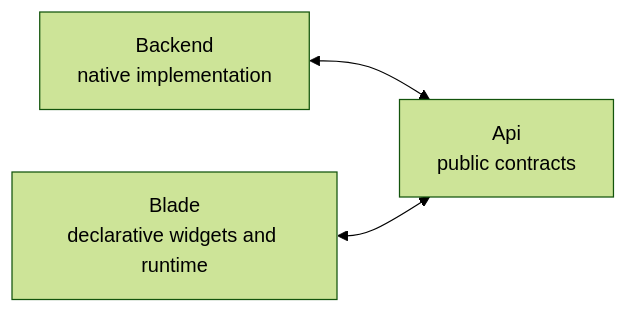
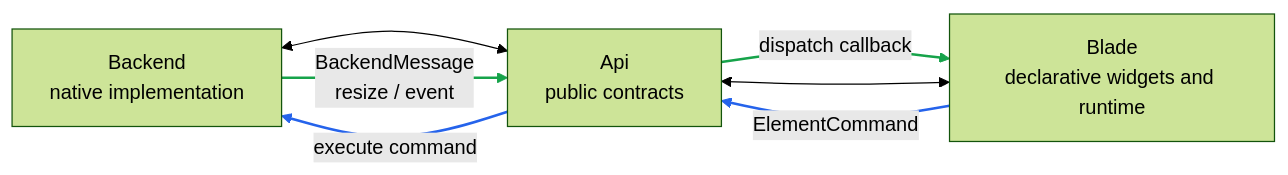
One commit to ZebNoid/Blade changed the first of 4 diagrams in Docs/Architecture.md. Above: the diagram before and after it, drawn with Mermaid (forest theme). The commit also changed other lines of this file and 1 other file, not shown here.

````diff
--- a/Docs/Architecture.md
+++ b/Docs/Architecture.md
@@ -5,5 +5,15 @@
 ```mermaid
 flowchart LR
     Backend["Backend\nnative implementation"] <--> Api["Api\npublic contracts"]
     Blade["Blade\ndeclarative widgets and runtime"] <--> Api
+
+    Blade -- "ElementCommand" --> Api
+    Api -- "execute command" --> Backend
+    Backend -- "BackendMessage\nresize / event" --> Api
+    Api -- "dispatch callback" --> Blade
+
+    linkStyle 2 stroke:#2563eb,stroke-width:2px
+    linkStyle 3 stroke:#2563eb,stroke-width:2px
+    linkStyle 4 stroke:#16a34a,stroke-width:2px
+    linkStyle 5 stroke:#16a34a,stroke-width:2px
 ```
````
